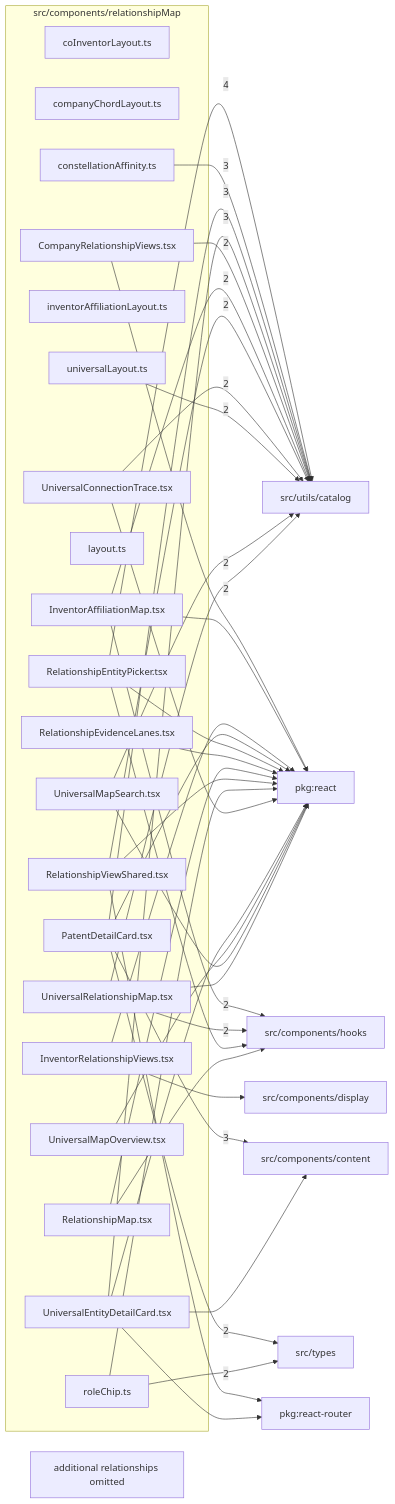
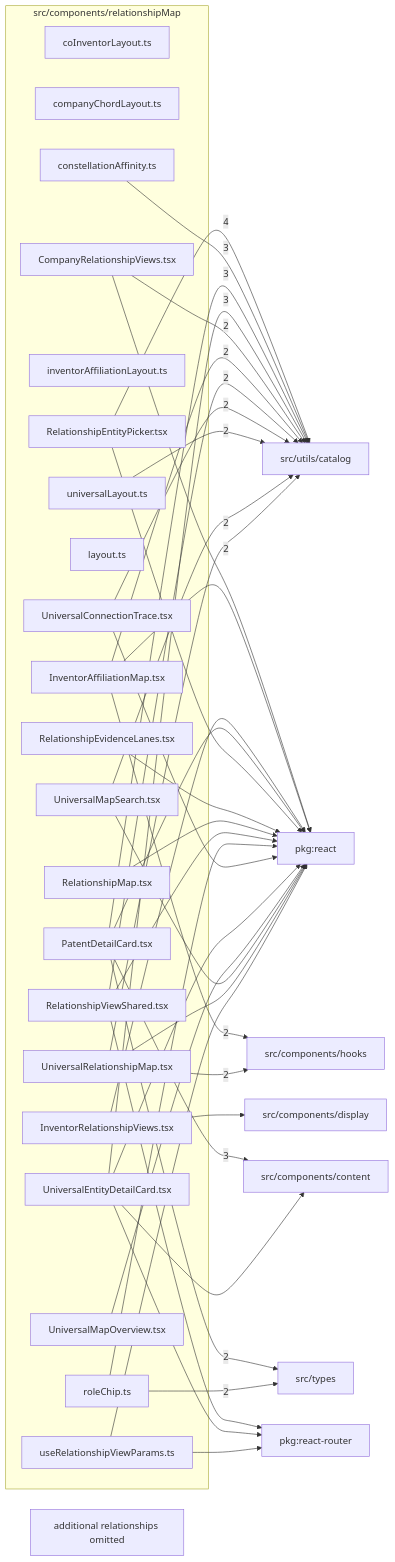
Before and after one commit to ronbuening/LensVisualizer: the diagram in src/components/relationshipMap/readme.md, drawn with Mermaid. The commit also changed other lines of this file and 23 other files, not shown here.

Commit message:
Reduce relationship view duplication and rendering work

````diff
--- a/src/components/relationshipMap/readme.md
+++ b/src/components/relationshipMap/readme.md
@@ -9,69 +9,70 @@
 ```mermaid
 flowchart LR
   subgraph n_src_components_relationshipMap["src/components/relationshipMap"]
     n_src_components_relationshipMap_src_components_relationshipMap_coInventorLayout_ts["coInventorLayout.ts"]
     n_src_components_relationshipMap_src_components_relationshipMap_companyChordLayout_ts["companyChordLayout.ts"]
     n_src_components_relationshipMap_src_components_relationshipMap_CompanyRelationshipViews_tsx["CompanyRelationshipViews.tsx"]
     n_src_components_relationshipMap_src_components_relationshipMap_constellationAffinity_ts["constellationAffinity.ts"]
     n_src_components_relationshipMap_src_components_relationshipMap_inventorAffiliationLayout_ts["inventorAffiliationLayout.ts"]
     n_src_components_relationshipMap_src_components_relationshipMap_InventorAffiliationMap_tsx["InventorAffiliationMap.tsx"]
     n_src_components_relationshipMap_src_components_relationshipMap_InventorRelationshipViews_tsx["InventorRelationshipViews.tsx"]
     n_src_components_relationshipMap_src_components_relationshipMap_layout_ts["layout.ts"]
     n_src_components_relationshipMap_src_components_relationshipMap_PatentDetailCard_tsx["PatentDetailCard.tsx"]
     n_src_components_relationshipMap_src_components_relationshipMap_RelationshipEntityPicker_tsx["RelationshipEntityPicker.tsx"]
     n_src_components_relationshipMap_src_components_relationshipMap_RelationshipEvidenceLanes_tsx["RelationshipEvidenceLanes.tsx"]
     n_src_components_relationshipMap_src_components_relationshipMap_RelationshipMap_tsx["RelationshipMap.tsx"]
     n_src_components_relationshipMap_src_components_relationshipMap_RelationshipViewShared_tsx["RelationshipViewShared.tsx"]
     n_src_components_relationshipMap_src_components_relationshipMap_roleChip_ts["roleChip.ts"]
     n_src_components_relationshipMap_src_components_relationshipMap_UniversalConnectionTrace_tsx["UniversalConnectionTrace.tsx"]
     n_src_components_relationshipMap_src_components_relationshipMap_UniversalEntityDetailCard_tsx["UniversalEntityDetailCard.tsx"]
     n_src_components_relationshipMap_src_components_relationshipMap_universalLayout_ts["universalLayout.ts"]
     n_src_components_relationshipMap_src_components_relationshipMap_UniversalMapOverview_tsx["UniversalMapOverview.tsx"]
     n_src_components_relationshipMap_src_components_relationshipMap_UniversalMapSearch_tsx["UniversalMapSearch.tsx"]
     n_src_components_relationshipMap_src_components_relationshipMap_UniversalRelationshipMap_tsx["UniversalRelationshipMap.tsx"]
+    n_src_components_relationshipMap_src_components_relationshipMap_useRelationshipViewParams_ts["useRelationshipViewParams.ts"]
   end
   n_external_src_utils_catalog["src/utils/catalog"]
   n_external_src_components_content["src/components/content"]
   n_external_src_components_hooks["src/components/hooks"]
   n_external_src_types["src/types"]
   n_external_pkg_react["pkg:react"]
   n_external_pkg_react_router["pkg:react-router"]
   n_external_src_components_display["src/components/display"]
   n_src_components_relationshipMap_src_components_relationshipMap_RelationshipEntityPicker_tsx --> |4| n_external_src_utils_catalog
   n_src_components_relationshipMap_src_components_relationshipMap_PatentDetailCard_tsx --> |3| n_external_src_components_content
   n_src_components_relationshipMap_src_components_relationshipMap_constellationAffinity_ts --> |3| n_external_src_utils_catalog
   n_src_components_relationshipMap_src_components_relationshipMap_PatentDetailCard_tsx --> |3| n_external_src_utils_catalog
   n_src_components_relationshipMap_src_components_relationshipMap_UniversalEntityDetailCard_tsx --> |3| n_external_src_utils_catalog
   n_src_components_relationshipMap_src_components_relationshipMap_InventorAffiliationMap_tsx --> |2| n_external_src_components_hooks
   n_src_components_relationshipMap_src_components_relationshipMap_UniversalRelationshipMap_tsx --> |2| n_external_src_components_hooks
   n_src_components_relationshipMap_src_components_relationshipMap_PatentDetailCard_tsx --> |2| n_external_src_types
   n_src_components_relationshipMap_src_components_relationshipMap_roleChip_ts --> |2| n_external_src_types
   n_src_components_relationshipMap_src_components_relationshipMap_CompanyRelationshipViews_tsx --> |2| n_external_src_utils_catalog
   n_src_components_relationshipMap_src_components_relationshipMap_InventorAffiliationMap_tsx --> |2| n_external_src_utils_catalog
   n_src_components_relationshipMap_src_components_relationshipMap_RelationshipViewShared_tsx --> |2| n_external_src_utils_catalog
   n_src_components_relationshipMap_src_components_relationshipMap_UniversalConnectionTrace_tsx --> |2| n_external_src_utils_catalog
   n_src_components_relationshipMap_src_components_relationshipMap_universalLayout_ts --> |2| n_external_src_utils_catalog
   n_src_components_relationshipMap_src_components_relationshipMap_UniversalMapSearch_tsx --> |2| n_external_src_utils_catalog
   n_src_components_relationshipMap_src_components_relationshipMap_UniversalRelationshipMap_tsx --> |2| n_external_src_utils_catalog
   n_src_components_relationshipMap_src_components_relationshipMap_CompanyRelationshipViews_tsx --> n_external_pkg_react
   n_src_components_relationshipMap_src_components_relationshipMap_InventorAffiliationMap_tsx --> n_external_pkg_react
   n_src_components_relationshipMap_src_components_relationshipMap_InventorRelationshipViews_tsx --> n_external_pkg_react
   n_src_components_relationshipMap_src_components_relationshipMap_PatentDetailCard_tsx --> n_external_pkg_react
   n_src_components_relationshipMap_src_components_relationshipMap_RelationshipEntityPicker_tsx --> n_external_pkg_react
   n_src_components_relationshipMap_src_components_relationshipMap_RelationshipEvidenceLanes_tsx --> n_external_pkg_react
   n_src_components_relationshipMap_src_components_relationshipMap_RelationshipMap_tsx --> n_external_pkg_react
   n_src_components_relationshipMap_src_components_relationshipMap_RelationshipViewShared_tsx --> n_external_pkg_react
   n_src_components_relationshipMap_src_components_relationshipMap_roleChip_ts --> n_external_pkg_react
   n_src_components_relationshipMap_src_components_relationshipMap_UniversalConnectionTrace_tsx --> n_external_pkg_react
   n_src_components_relationshipMap_src_components_relationshipMap_UniversalEntityDetailCard_tsx --> n_external_pkg_react
   n_src_components_relationshipMap_src_components_relationshipMap_UniversalMapOverview_tsx --> n_external_pkg_react
   n_src_components_relationshipMap_src_components_relationshipMap_UniversalMapSearch_tsx --> n_external_pkg_react
   n_src_components_relationshipMap_src_components_relationshipMap_UniversalRelationshipMap_tsx --> n_external_pkg_react
+  n_src_components_relationshipMap_src_components_relationshipMap_useRelationshipViewParams_ts --> n_external_pkg_react
   n_src_components_relationshipMap_src_components_relationshipMap_RelationshipViewShared_tsx --> n_external_pkg_react_router
   n_src_components_relationshipMap_src_components_relationshipMap_UniversalEntityDetailCard_tsx --> n_external_pkg_react_router
+  n_src_components_relationshipMap_src_components_relationshipMap_useRelationshipViewParams_ts --> n_external_pkg_react_router
   n_src_components_relationshipMap_src_components_relationshipMap_UniversalEntityDetailCard_tsx --> n_external_src_components_content
   n_src_components_relationshipMap_src_components_relationshipMap_InventorRelationshipViews_tsx --> n_external_src_components_display
-  n_src_components_relationshipMap_src_components_relationshipMap_RelationshipEntityPicker_tsx --> n_external_src_components_hooks
-  n_src_components_relationshipMap_src_components_relationshipMap_RelationshipMap_tsx --> n_external_src_components_hooks
   n_src_components_relationshipMap_truncated["additional relationships omitted"]
 ```
````
